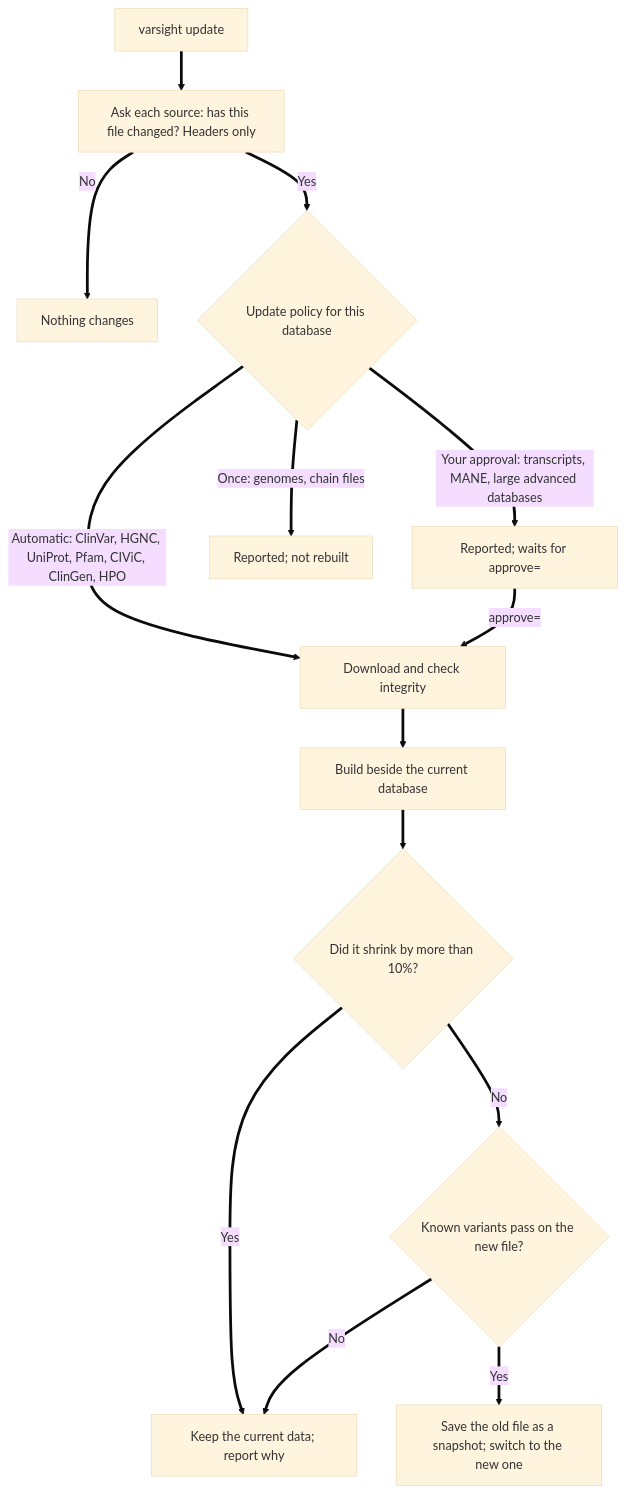
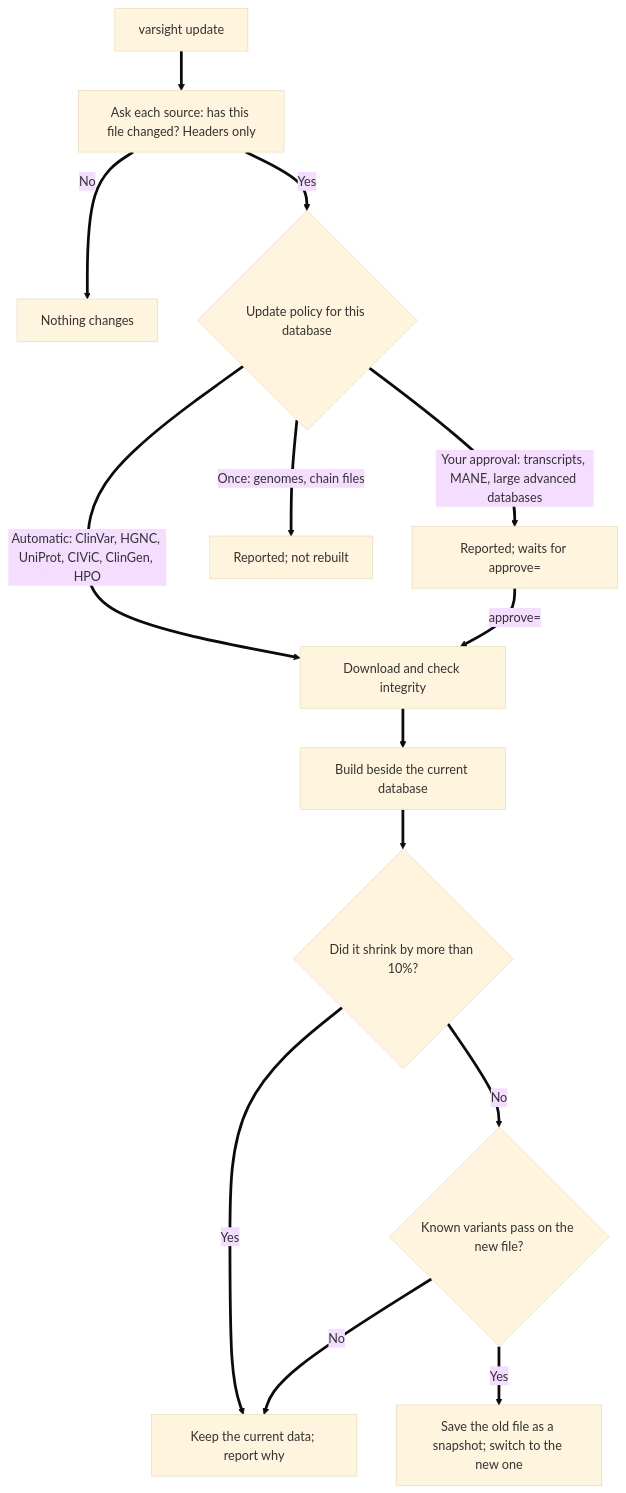
The diagram in docs/updates.md (prabirsh/VarShift), drawn with Mermaid (base theme) before and after one commit. The commit also changed other lines of this file and 34 other files, not shown here.

````diff
--- a/docs/updates.md
+++ b/docs/updates.md
@@ -32,16 +32,16 @@
 ```mermaid
 flowchart TD
     START["varsight update"] ==> CHECK["Ask each source: has this file changed? Headers only"]
     CHECK ==>|"No"| DONE["Nothing changes"]
     CHECK ==>|"Yes"| POLICY{"Update policy for this database"}
-    POLICY ==>|"Automatic: ClinVar, HGNC, UniProt, Pfam, CIViC, ClinGen, HPO"| DOWNLOAD
+    POLICY ==>|"Automatic: ClinVar, HGNC, UniProt, CIViC, ClinGen, HPO"| DOWNLOAD
     POLICY ==>|"Your approval: transcripts, MANE, large advanced databases"| WAIT["Reported; waits for approve="]
     POLICY ==>|"Once: genomes, chain files"| SKIP["Reported; not rebuilt"]
     WAIT ==>|"approve="| DOWNLOAD["Download and check integrity"]
     DOWNLOAD ==> BUILD["Build beside the current database"]
     BUILD ==> SHRINK{"Did it shrink by more than 10%?"}
     SHRINK ==>|"Yes"| KEEP["Keep the current data; report why"]
     SHRINK ==>|"No"| TEST{"Known variants pass on the new file?"}
     TEST ==>|"No"| KEEP
     TEST ==>|"Yes"| SWITCH["Save the old file as a snapshot; switch to the new one"]
 ```
````
